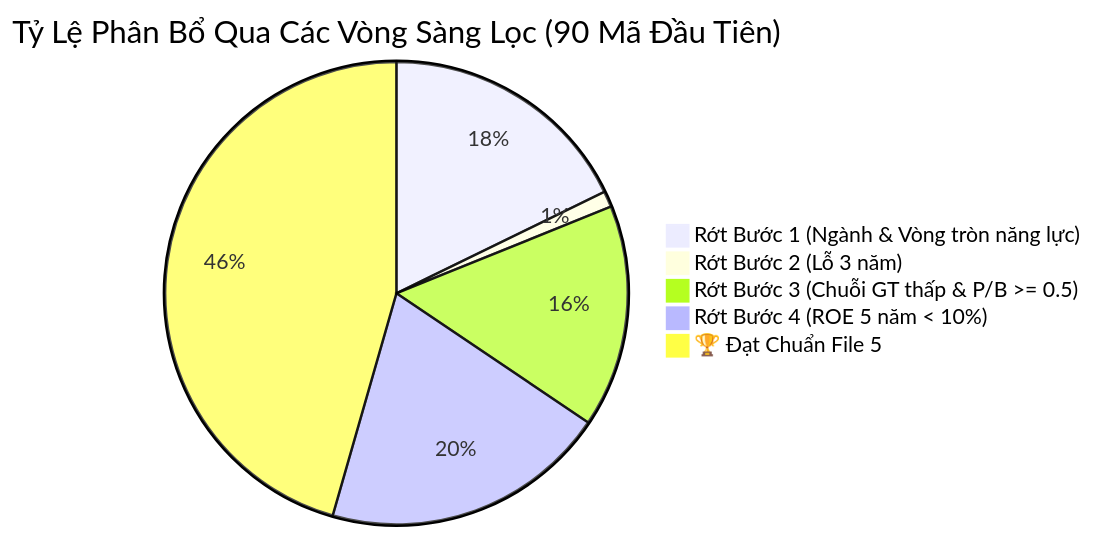
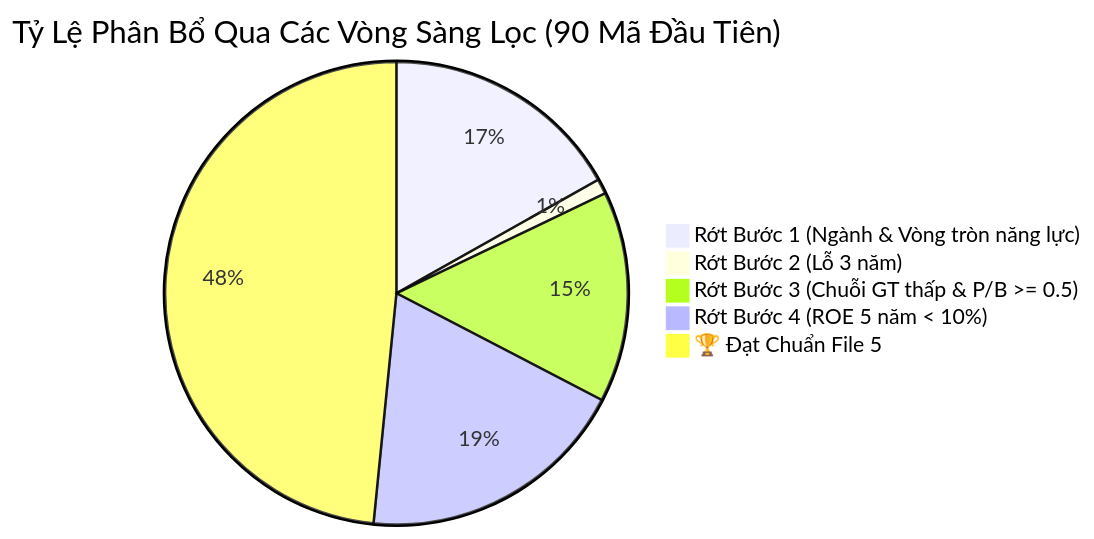
Before and after one commit to lenhan1102/pdf-analyzer: the diagram in screenings/screening_dashboard.md, drawn with Mermaid. The commit also changed other lines of this file and 8 other files, not shown here.

````diff
--- a/screenings/screening_dashboard.md
+++ b/screenings/screening_dashboard.md
@@ -9,8 +9,8 @@
 ```mermaid
 pie title Tỷ Lệ Phân Bổ Qua Các Vòng Sàng Lọc (90 Mã Đầu Tiên)
     "Rớt Bước 1 (Ngành & Vòng tròn năng lực)" : 16
     "Rớt Bước 2 (Lỗ 3 năm)" : 1
     "Rớt Bước 3 (Chuỗi GT thấp & P/B >= 0.5)" : 14
     "Rớt Bước 4 (ROE 5 năm < 10%)" : 18
-    "🏆 Đạt Chuẩn File 5" : 41
+    "🏆 Đạt Chuẩn File 5" : 46
 ```
````
